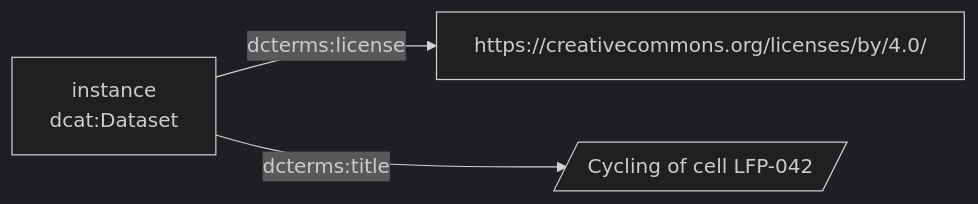
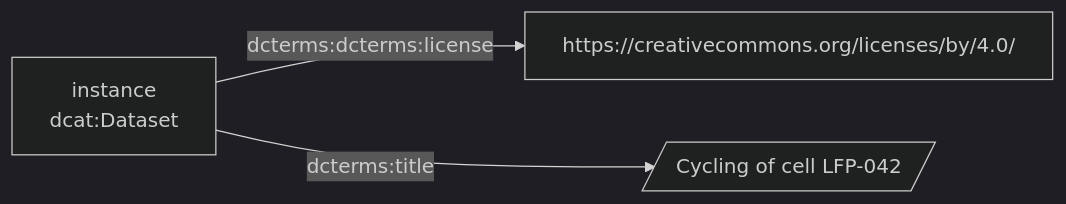
The diagram in generated/datasets/Dataset.consensus.mmd (OO-LD/oold-reference-schemas), drawn with Mermaid (dark theme) before and after one commit. The commit also changed 12 other files, not shown here.

```diff
--- a/generated/datasets/Dataset.consensus.mmd
+++ b/generated/datasets/Dataset.consensus.mmd
@@ -1,6 +1,6 @@
 flowchart LR
   n0["instance<br>dcat:Dataset"]
   n1["https://creativecommons.org/licenses/by/4.0/"]
   n2[/"Cycling of cell LFP-042"/]
-  n0 -->|dcterms:license| n1
+  n0 -->|dcterms:dcterms:license| n1
   n0 -->|dcterms:title| n2
```
